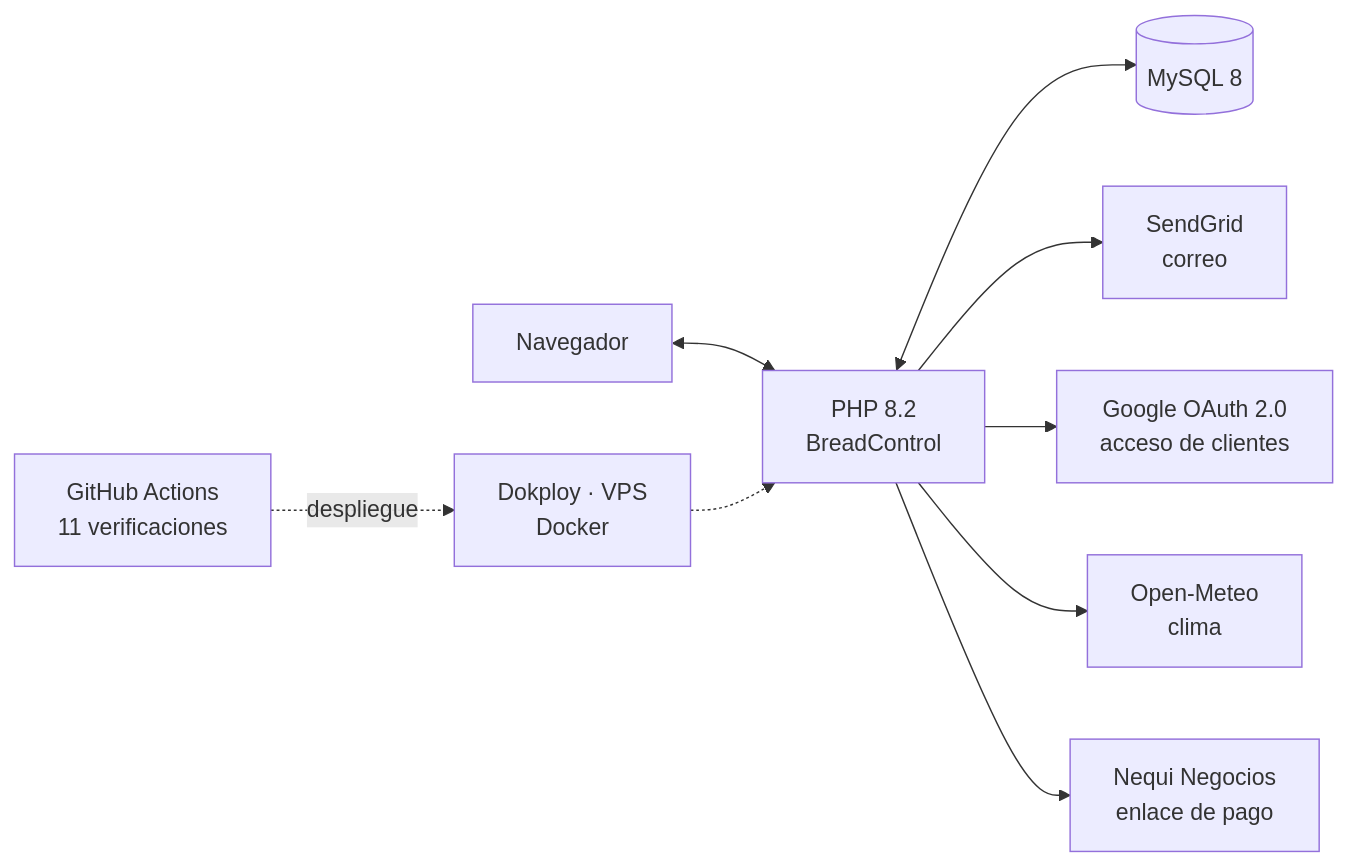
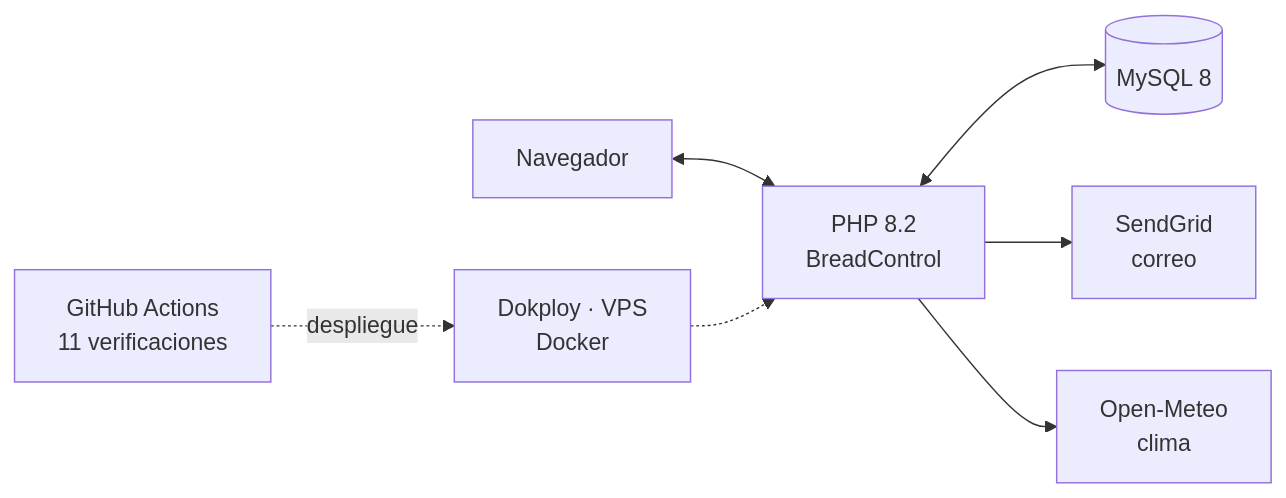
One commit to Manuel151025/breadcontrol changed the second of 2 diagrams in README.md. Above: the diagram before and after it, drawn with Mermaid. The commit also changed other lines of this file and 143 other files, not shown here.

````diff
--- a/README.md
+++ b/README.md
@@ -185,11 +162,9 @@
 ```mermaid
 flowchart LR
     NAV["Navegador"] <--> APP["PHP 8.2<br/>BreadControl"]
     APP <--> BD[("MySQL 8")]
     APP --> SG["SendGrid<br/>correo"]
-    APP --> GO["Google OAuth 2.0<br/>acceso de clientes"]
     APP --> OM["Open-Meteo<br/>clima"]
-    APP --> NQ["Nequi Negocios<br/>enlace de pago"]
     GH["GitHub Actions<br/>11 verificaciones"] -.->|"despliegue"| DK["Dokploy · VPS<br/>Docker"]
     DK -.-> APP
 ```
````
